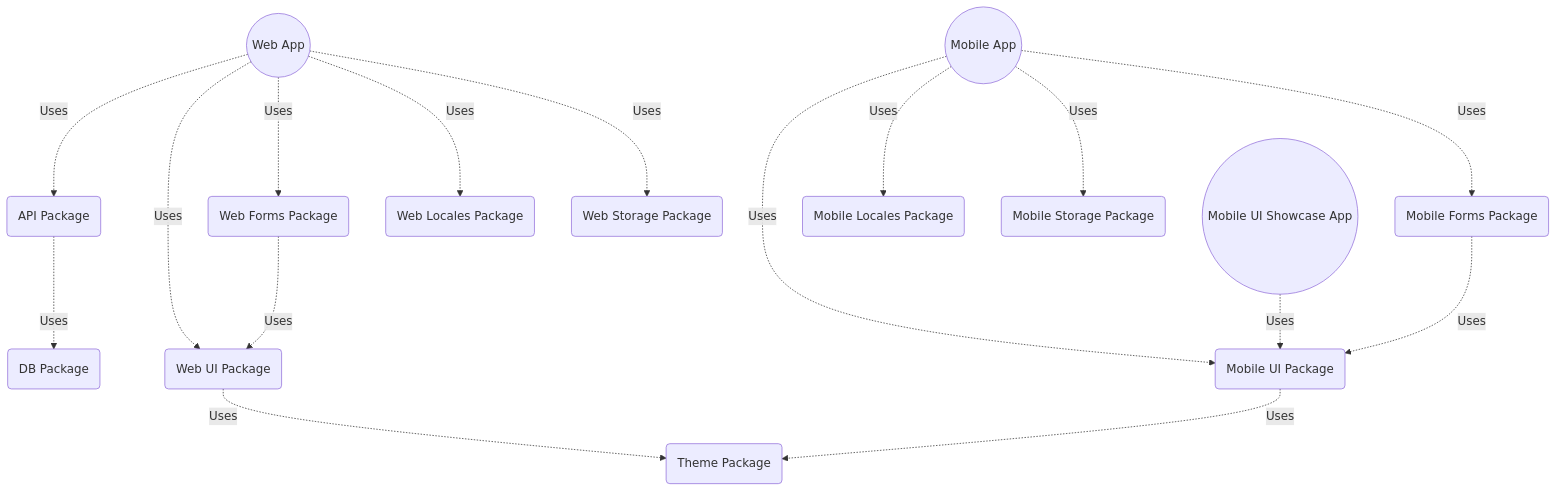
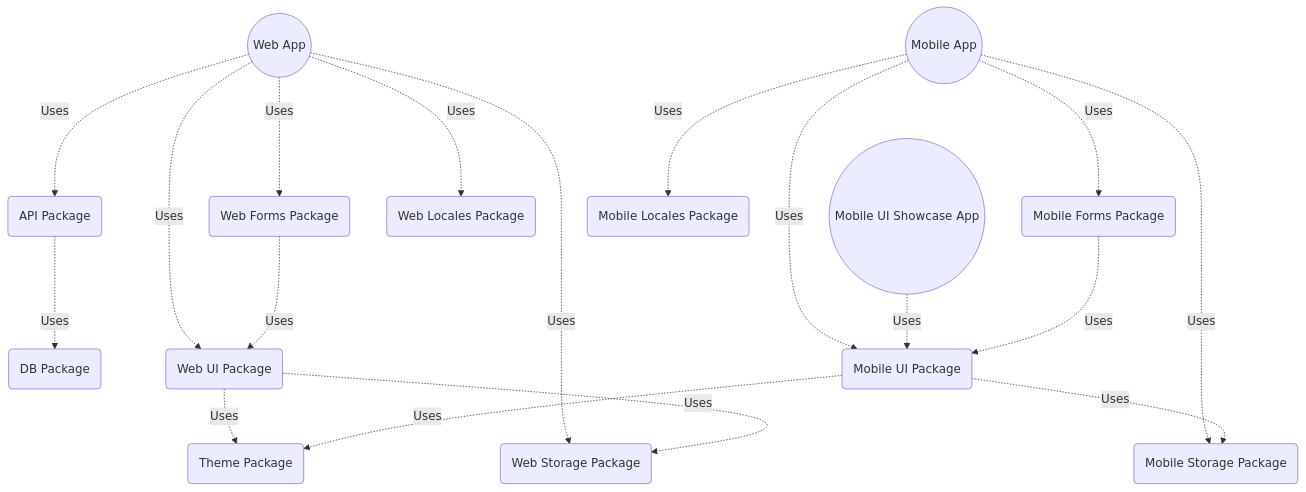
The second of 2 diagrams in docs/architecture/general.md (Rock-n-Prog/web-ts-monorepo-starter-pack), drawn with Mermaid before and after one commit.

````diff
--- a/docs/architecture/general.md
+++ b/docs/architecture/general.md
@@ -36,33 +36,35 @@
 ```mermaid
 graph TD;
   apps-web((Web App))
   apps-mobile((Mobile App))
   apps-mobile-ui-showcase((Mobile UI Showcase App))
   packages-db(DB Package)
   packages-api(API Package)
   packages-theme(Theme Package)
   packages-web-ui(Web UI Package)
   packages-web-forms(Web Forms Package)
   packages-web-locales(Web Locales Package)
   packages-web-storage(Web Storage Package)
   packages-mobile-ui(Mobile UI Package)
   packages-mobile-forms(Mobile Forms Package)
   packages-mobile-locales(Mobile Locales Package)
   packages-mobile-storage(Mobile Storage Package)
 
   apps-web -.-> |Uses| packages-api
   apps-web -.-> |Uses| packages-web-ui
   apps-web -.-> |Uses| packages-web-forms
   apps-web -.-> |Uses| packages-web-locales
   apps-web -.-> |Uses| packages-web-storage
   apps-mobile -.-> |Uses| packages-mobile-ui
   apps-mobile -.-> |Uses| packages-mobile-forms
   apps-mobile -.-> |Uses| packages-mobile-locales
   apps-mobile -.-> |Uses| packages-mobile-storage
   apps-mobile-ui-showcase -.-> |Uses| packages-mobile-ui
   packages-api -.-> |Uses| packages-db
   packages-web-ui -.-> |Uses| packages-theme
   packages-mobile-ui -.-> |Uses| packages-theme
   packages-web-forms -.-> |Uses| packages-web-ui
   packages-mobile-forms -.-> |Uses| packages-mobile-ui
+  packages-web-ui -.-> |Uses| packages-web-storage
+  packages-mobile-ui -.-> |Uses| packages-mobile-storage
 ```
````
